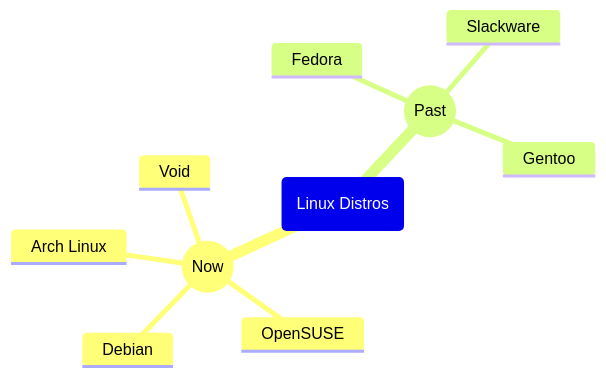
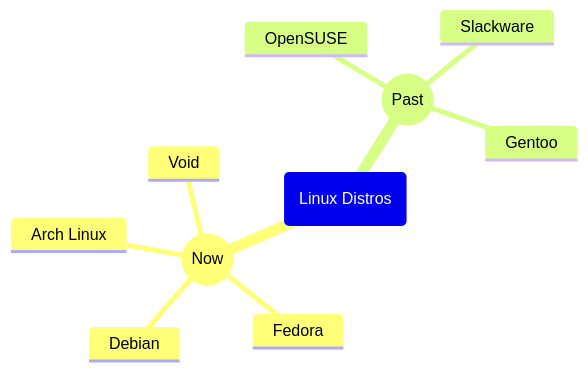
Before and after one commit to frefolli/frefolli: the third of 6 diagrams in README.md, drawn with Mermaid. The commit also changed other lines of this file and 1 other file, not shown here.

````diff
--- a/README.md
+++ b/README.md
@@ -81,13 +81,13 @@
 ```mermaid
 mindmap
   root(Linux Distros)
     ((Now))
       Arch Linux
-      OpenSUSE
+      Fedora
       Debian
       Void
     ((Past))
-      Fedora
+      OpenSUSE
       Slackware
       Gentoo
 ```
````
